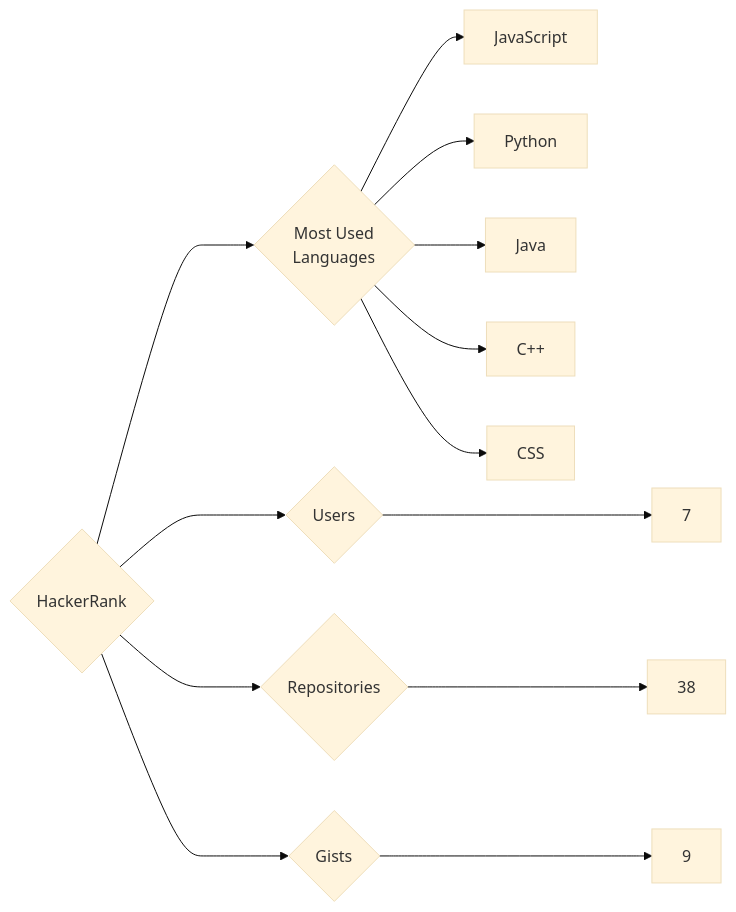
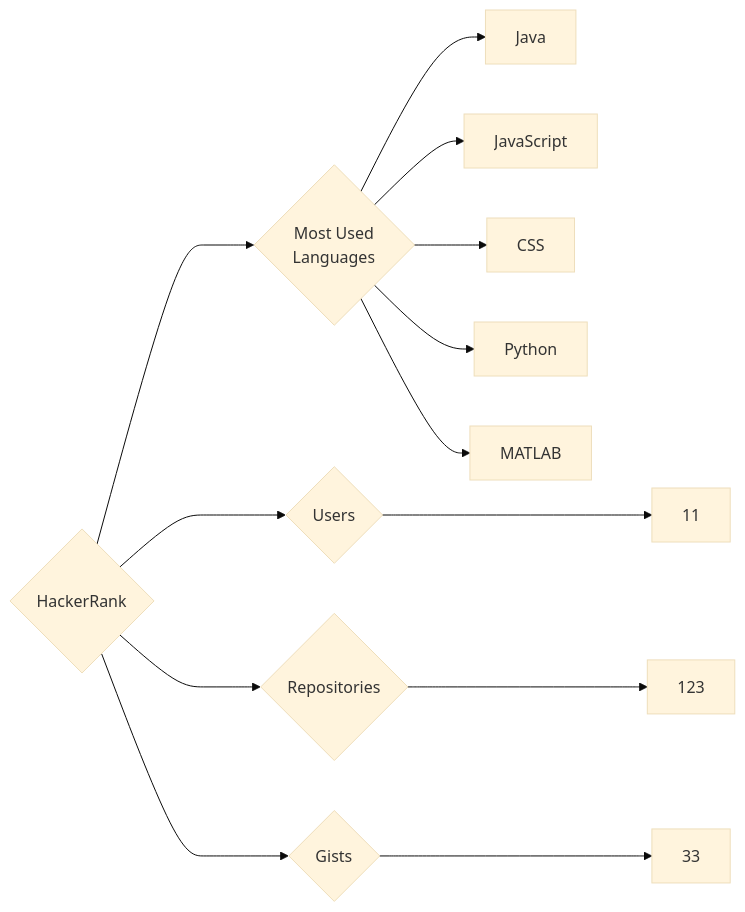
One commit to trickest/insiders changed the diagram in targets/HackerRank/README.md. Above: the diagram before and after it, drawn with Mermaid (base theme). The commit also changed 972 other files, not shown here.

````diff
--- a/targets/HackerRank/README.md
+++ b/targets/HackerRank/README.md
@@ -3,13 +3,13 @@
 ```mermaid
 graph LR
 COMPANY_NAME{HackerRank}
-COMPANY_NAME ---> U{Users} ---> UN[7]
-COMPANY_NAME ---> R{Repositories} ---> RN[38]
-COMPANY_NAME ---> G{Gists} ---> GN[9]
+COMPANY_NAME ---> U{Users} ---> UN[11]
+COMPANY_NAME ---> R{Repositories} ---> RN[123]
+COMPANY_NAME ---> G{Gists} ---> GN[33]
 COMPANY_NAME ---> ML{Most Used<br>Languages}
+ML --> Java[Java]
 ML --> JavaScript[JavaScript]
+ML --> CSS[CSS]
 ML --> Python[Python]
-ML --> Java[Java]
-ML --> C++[C++]
-ML --> CSS[CSS]
+ML --> MATLAB[MATLAB]
 ```
````
